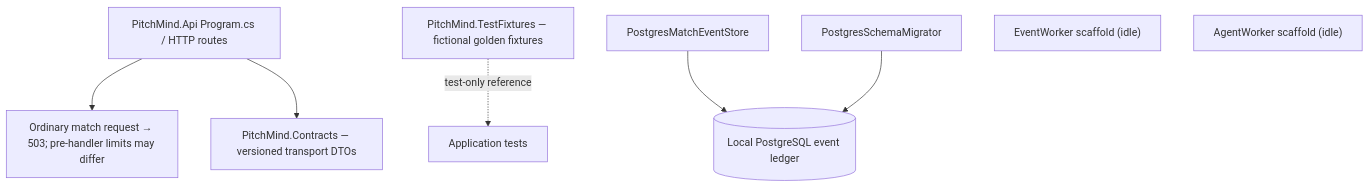
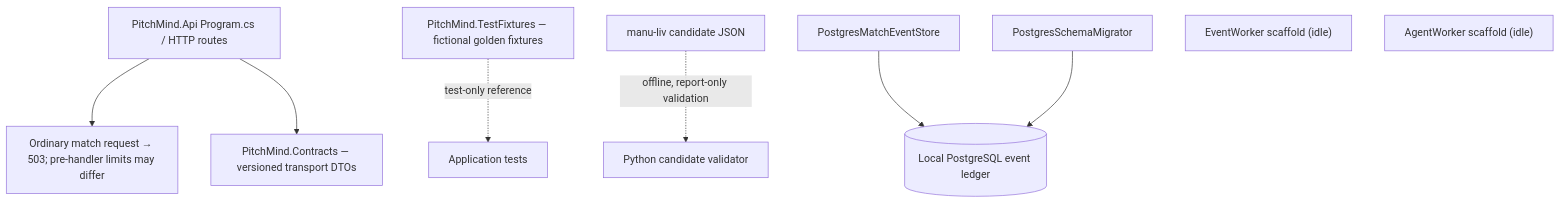
The first of 2 diagrams in docs/architecture/03-components.md (prateekgangopadhyay/PitchMind), drawn with Mermaid before and after one commit. The commit also changed other lines of this file and 8 other files, not shown here.

````diff
--- a/docs/architecture/03-components.md
+++ b/docs/architecture/03-components.md
@@ -9,10 +9,11 @@
 ```mermaid
 flowchart TB
   API["PitchMind.Api Program.cs / HTTP routes"] --> Guard["Ordinary match request → 503; pre-handler limits may differ"]
   API --> Contracts["PitchMind.Contracts — versioned transport DTOs"]
   Test["PitchMind.TestFixtures — fictional golden fixtures"] -. "test-only reference" .-> AppTests["Application tests"]
+  Candidate["manu-liv candidate JSON"] -. "offline, report-only validation" .-> Validator["Python candidate validator"]
   Ledger["PostgresMatchEventStore"] --> DB[("Local PostgreSQL event ledger")]
   Migrator["PostgresSchemaMigrator"] --> DB
   EventWorker["EventWorker scaffold (idle)"]
   AgentWorker["AgentWorker scaffold (idle)"]
 ```
````
